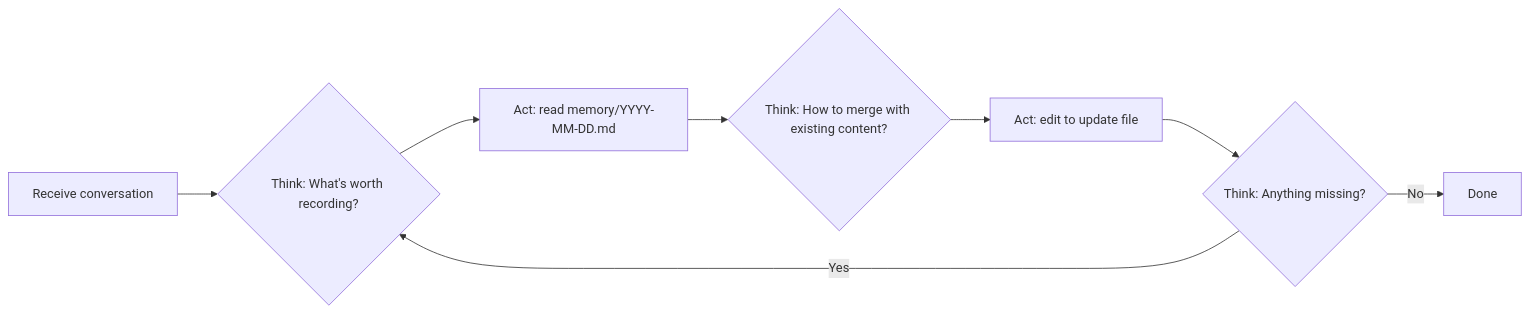
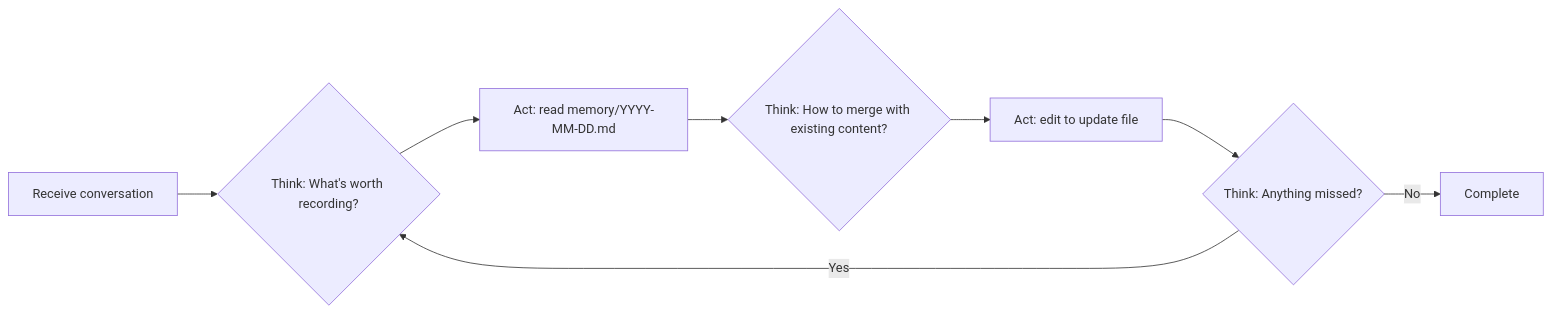
One commit to lllyyysss77/ReMe changed the fourth of 6 diagrams in README.md. Above: the diagram before and after it, drawn with Mermaid. The commit also changed other lines of this file and 46 other files, not shown here.

````diff
--- a/README.md
+++ b/README.md
@@ -474,10 +336,10 @@
 ```mermaid
 graph LR
     A[Receive conversation] --> B{Think: What's worth recording?}
     B --> C[Act: read memory/YYYY-MM-DD.md]
     C --> D{Think: How to merge with existing content?}
     D --> E[Act: edit to update file]
-    E --> F{Think: Anything missing?}
+    E --> F{Think: Anything missed?}
     F -->|Yes| B
-    F -->|No| G[Done]
+    F -->|No| G[Complete]
 ```
````
